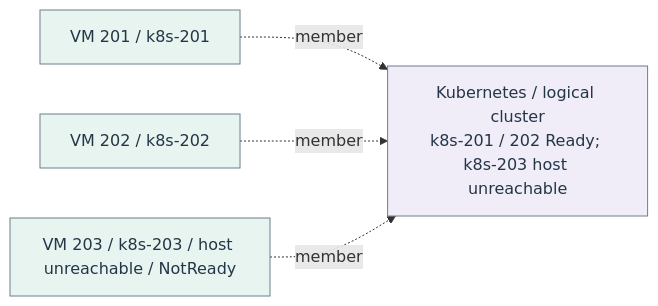
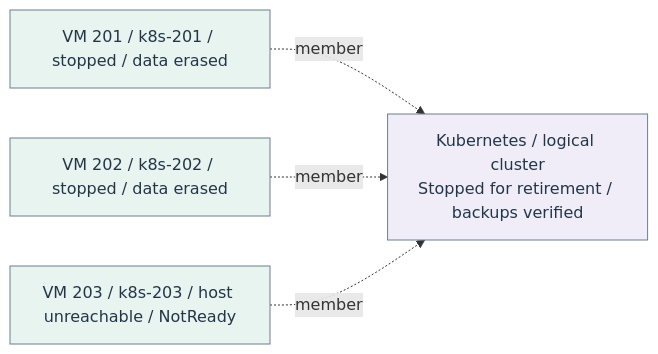
Before and after one commit to Harsh-2002/Homelab: the diagram in docs/architecture/flow-8.mmd, drawn with Mermaid. The commit also changed 77 other files, not shown here.

```diff
--- a/docs/architecture/flow-8.mmd
+++ b/docs/architecture/flow-8.mmd
@@ -1,12 +1,12 @@
 flowchart LR
-  n_flow_8_0["Kubernetes / logical cluster<br/>k8s-201 / 202 Ready; k8s-203 host unreachable"]
-  n_flow_8_1["VM 201 / k8s-201"]
-  n_flow_8_2["VM 202 / k8s-202"]
+  n_flow_8_0["Kubernetes / logical cluster<br/>Stopped for retirement / backups verified"]
+  n_flow_8_1["VM 201 / k8s-201 / stopped / data erased"]
+  n_flow_8_2["VM 202 / k8s-202 / stopped / data erased"]
   n_flow_8_3["VM 203 / k8s-203 / host unreachable / NotReady"]
   n_flow_8_1 -.->|"member"| n_flow_8_0
   n_flow_8_2 -.->|"member"| n_flow_8_0
   n_flow_8_3 -.->|"member"| n_flow_8_0
   classDef c_flow_8_0 fill:#f0edf9,stroke:#6c7f8c,color:#233647;
   class n_flow_8_0 c_flow_8_0;
   classDef c_flow_8_1 fill:#e8f4f0,stroke:#6c7f8c,color:#233647;
   class n_flow_8_1,n_flow_8_2,n_flow_8_3 c_flow_8_1;
```
